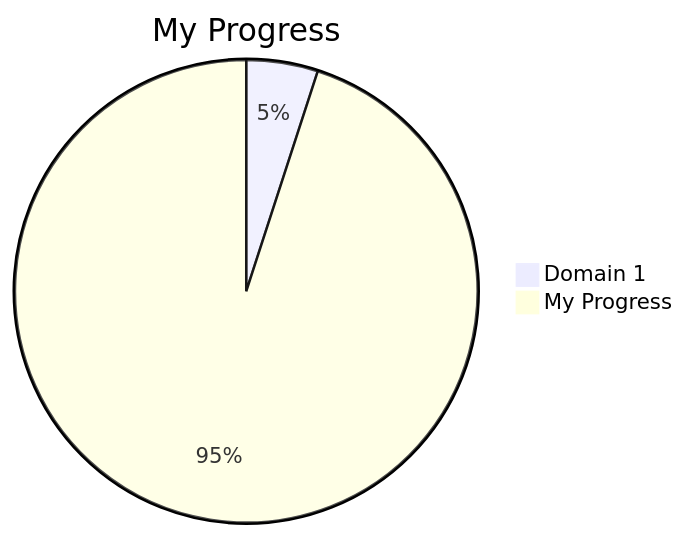
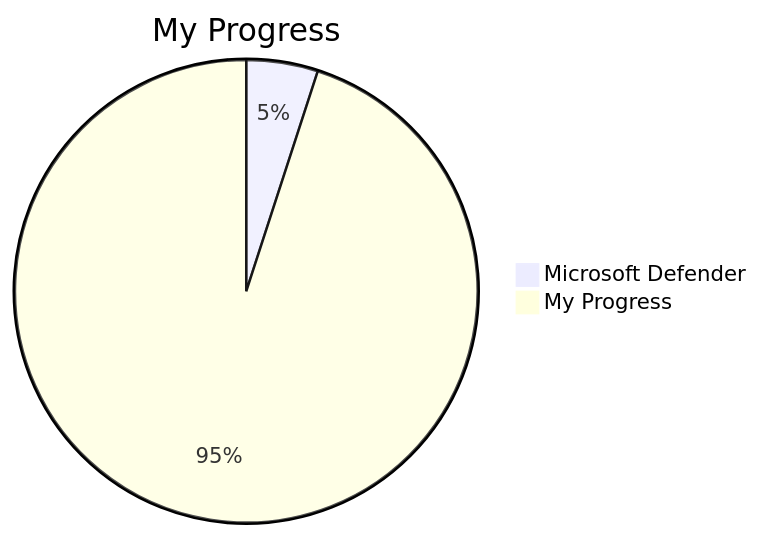
The second of 2 diagrams in Microsoft/sc-200/progress-tracker.md (jalacloud/Certifications), drawn with Mermaid before and after one commit.

````diff
--- a/Microsoft/sc-200/progress-tracker.md
+++ b/Microsoft/sc-200/progress-tracker.md
@@ -12,6 +12,6 @@
 ```mermaid
 pie
   title My Progress
-  "Domain 1" : 5
+  "Microsoft Defender" : 5
   "My Progress" : 95
 ```
````
